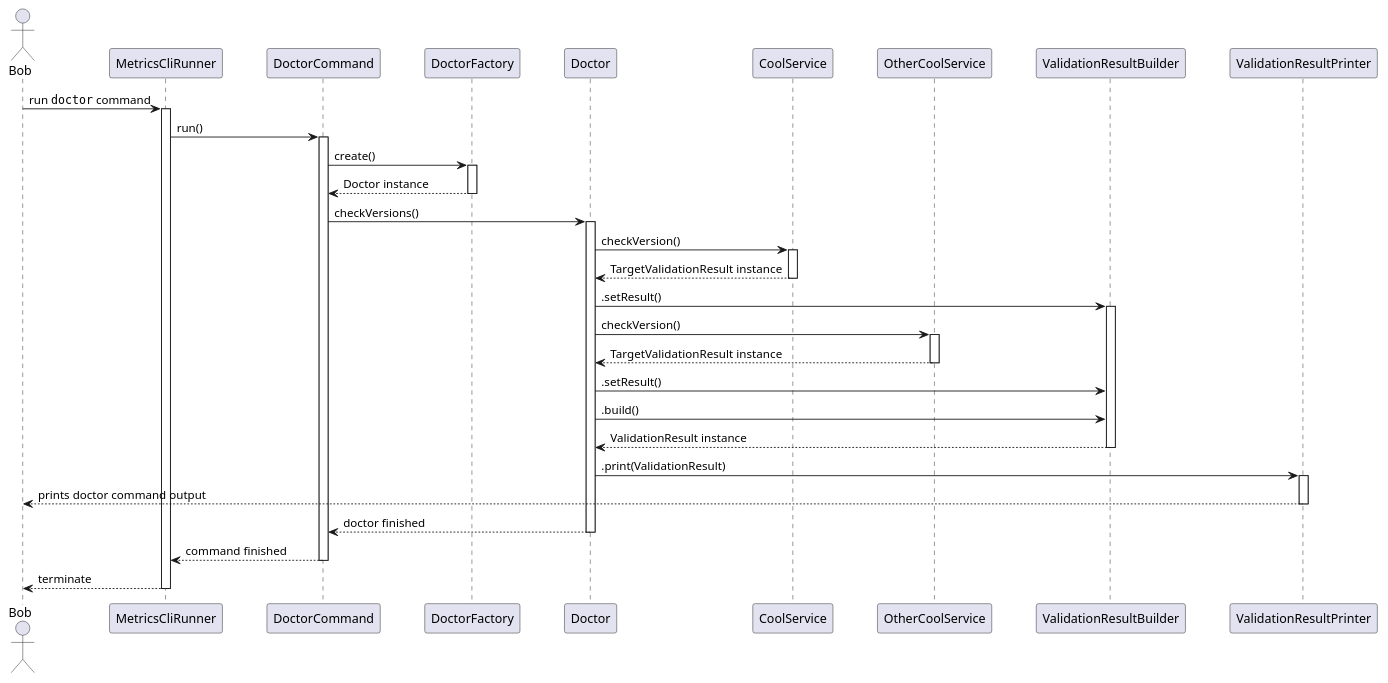
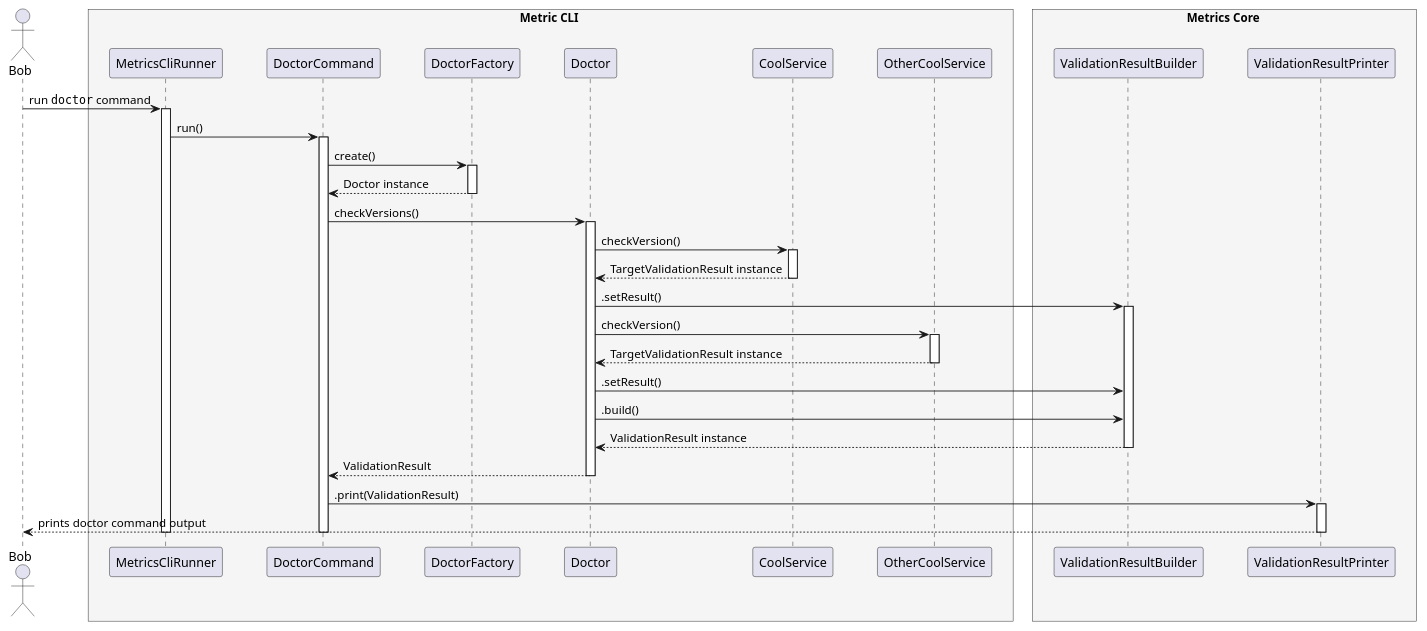
Before and after one commit to Flank/flank-dashboard: the diagram in metrics/cli/docs/features/doctor_output_improvements/diagrams/doctor_output_improvements_sequence_diagram.puml, drawn with PlantUML. The commit also changed 1 other file, not shown here.

Commit message:
Add sequence diagram for CI integrations

```diff
--- a/metrics/cli/docs/features/doctor_output_improvements/diagrams/doctor_output_improvements_sequence_diagram.puml
+++ b/metrics/cli/docs/features/doctor_output_improvements/diagrams/doctor_output_improvements_sequence_diagram.puml
@@ -1,66 +1,72 @@
 @startuml doctor_command_sequence_diagram
 
 skinparam ParticipantPadding 20
 skinparam BoxPadding 10
 
 actor Bob
 
+box Metric CLI #whiteSmoke
+
 participant MetricsCliRunner
 participant DoctorCommand
 participant DoctorFactory
 participant Doctor
 participant CoolService
 participant OtherCoolService
+
+end box
+
+box Metrics Core #whiteSmoke
+
 participant ValidationResultBuilder
 participant ValidationResultPrinter
+
+end box
 
 Bob -> MetricsCliRunner : run ""doctor"" command
 activate MetricsCliRunner
 
 MetricsCliRunner -> DoctorCommand : run()
 activate DoctorCommand
 
 DoctorCommand -> DoctorFactory : create()
 activate DoctorFactory
 
 DoctorFactory --> DoctorCommand : Doctor instance
 deactivate DoctorFactory
 
 DoctorCommand -> Doctor : checkVersions()
 activate Doctor
 
 Doctor -> CoolService : checkVersion()
 activate CoolService
 
 CoolService --> Doctor : TargetValidationResult instance
 deactivate CoolService
 
 Doctor -> ValidationResultBuilder : .setResult()
 activate ValidationResultBuilder
 
 Doctor -> OtherCoolService : checkVersion()
 activate OtherCoolService
 OtherCoolService --> Doctor : TargetValidationResult instance
 deactivate OtherCoolService
 
 Doctor -> ValidationResultBuilder : .setResult()
 Doctor -> ValidationResultBuilder : .build()
 ValidationResultBuilder --> Doctor :  ValidationResult instance
 deactivate ValidationResultBuilder
 
-Doctor -> ValidationResultPrinter : .print(ValidationResult)
+Doctor --> DoctorCommand : ValidationResult
+deactivate Doctor
+
+DoctorCommand -> ValidationResultPrinter : .print(ValidationResult)
 activate ValidationResultPrinter
 
 ValidationResultPrinter --> Bob : prints doctor command output
 deactivate ValidationResultPrinter
 
-Doctor --> DoctorCommand -- : doctor finished
-deactivate Doctor
-
-DoctorCommand --> MetricsCliRunner -- : command finished
 deactivate DoctorCommand
-
-MetricsCliRunner --> Bob -- : terminate
 deactivate MetricsCliRunner
 
 @enduml
```
